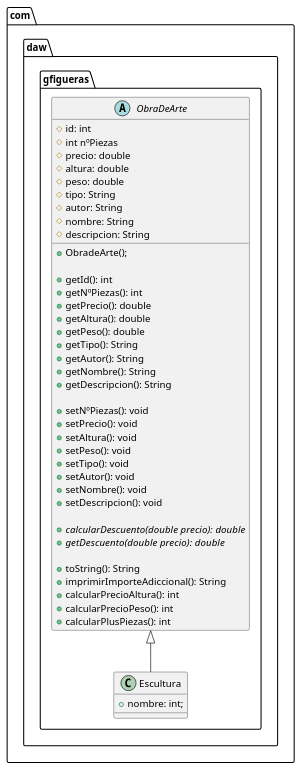
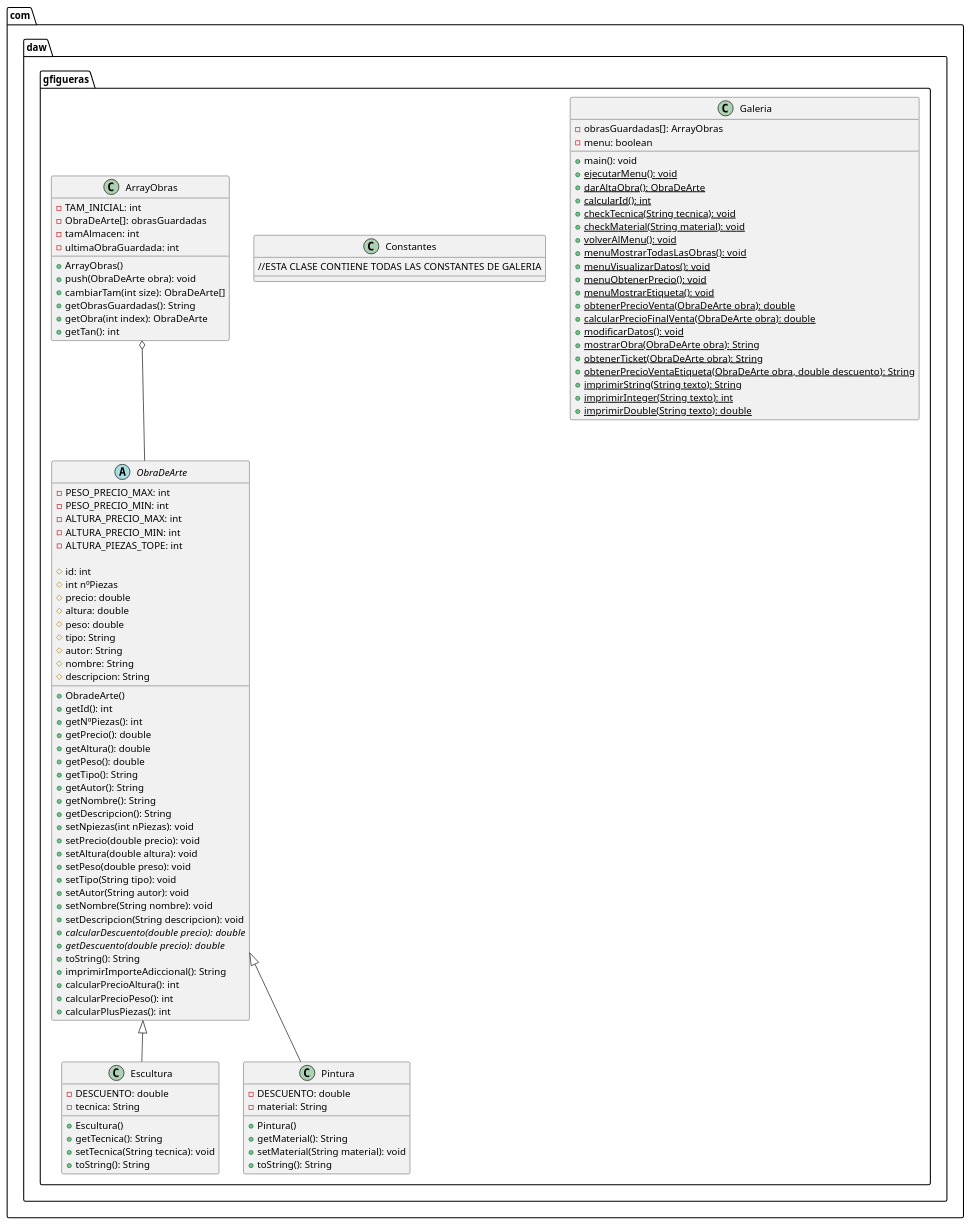
Before and after one commit to GFigueras03/gf_practica: the diagram in Clases.puml, drawn with PlantUML. The commit also changed 3 other files, not shown here.

Commit message:
Test y diagrama de clases

```diff
--- a/Clases.puml
+++ b/Clases.puml
@@ -1,50 +1,114 @@
 @startuml Galeria
 package com.daw.gfigueras {
+    class Galeria{
+    -obrasGuardadas[]: ArrayObras
+    -menu: boolean
+
+    +main(): void
+    +{static}ejecutarMenu(): void
+    +{static}darAltaObra(): ObraDeArte
+    +{static}calcularId(): int
+    +{static}checkTecnica(String tecnica): void
+    +{static}checkMaterial(String material): void
+    +{static}volverAlMenu(): void
+    +{static}menuMostrarTodasLasObras(): void
+    +{static}menuVisualizarDatos(): void
+    +{static}menuObtenerPrecio(): void
+    +{static}menuMostrarEtiqueta(): void
+    +{static}obtenerPrecioVenta(ObraDeArte obra): double
+    +{static}calcularPrecioFinalVenta(ObraDeArte obra): double
+    +{static}modificarDatos(): void
+    +{static}mostrarObra(ObraDeArte obra): String
+    +{static}obtenerTicket(ObraDeArte obra): String
+    +{static}obtenerPrecioVentaEtiqueta(ObraDeArte obra, double descuento): String
+    +{static}imprimirString(String texto): String
+    +{static}imprimirInteger(String texto): int
+    +{static}imprimirDouble(String texto): double
+
+}
+    class Constantes{
+        //ESTA CLASE CONTIENE TODAS LAS CONSTANTES DE GALERIA
+    }
    abstract class ObraDeArte{
-    # id: int
-    # int nºPiezas
+    -  PESO_PRECIO_MAX: int
+    -  PESO_PRECIO_MIN: int
+    -  ALTURA_PRECIO_MAX: int
+    -  ALTURA_PRECIO_MIN: int
+    -  ALTURA_PIEZAS_TOPE: int
+    
+    #  id: int
+    #  int nºPiezas
     #  precio: double
     #  altura: double
     #  peso: double
     #  tipo: String
     #  autor: String
     #  nombre: String
     #  descripcion: String
 
-    + ObradeArte();
-
+    + ObradeArte()
     + getId(): int
     + getNºPiezas(): int
     + getPrecio(): double
     + getAltura(): double
     + getPeso(): double
     + getTipo(): String
     + getAutor(): String
     + getNombre(): String
     + getDescripcion(): String
-
-    + setNºPiezas(): void 
-    + setPrecio(): void 
-    + setAltura(): void 
-    + setPeso(): void 
-    + setTipo(): void 
-    + setAutor(): void 
-    + setNombre(): void 
-    + setDescripcion(): void 
-
+    + setNpiezas(int nPiezas): void 
+    + setPrecio(double precio): void 
+    + setAltura(double altura): void 
+    + setPeso(double preso): void 
+    + setTipo(String tipo): void 
+    + setAutor(String autor): void 
+    + setNombre(String nombre): void 
+    + setDescripcion(String descripcion): void 
     + {abstract} calcularDescuento(double precio):  double
     + {abstract} getDescuento(double precio):  double
-
     + toString(): String
     + imprimirImporteAdiccional(): String
     + calcularPrecioAltura(): int 
     + calcularPrecioPeso(): int 
     + calcularPlusPiezas(): int 
 }
 
 class Escultura extends ObraDeArte{
-    +nombre: int;
-}  
+    -DESCUENTO: double
+    -tecnica: String
+
+    +Escultura()
+    +getTecnica(): String
+    +setTecnica(String tecnica): void
+    +toString(): String
+    }
+
+class Pintura extends ObraDeArte{
+    -DESCUENTO: double
+    -material: String
+
+    +Pintura()
+    +getMaterial(): String
+    +setMaterial(String material): void
+    +toString(): String
+    }  
+class ArrayObras{
+    - TAM_INICIAL: int
+    - ObraDeArte[]: obrasGuardadas
+    - tamAlmacen: int
+    - ultimaObraGuardada: int
+    + ArrayObras()
+    + push(ObraDeArte obra): void
+    + cambiarTam(int size): ObraDeArte[]
+    + getObrasGuardadas(): String
+    + getObra(int index): ObraDeArte
+    + getTan(): int 
+}   
+
+
+
+
+ArrayObras o-- ObraDeArte
 }
 
 @enduml
```
